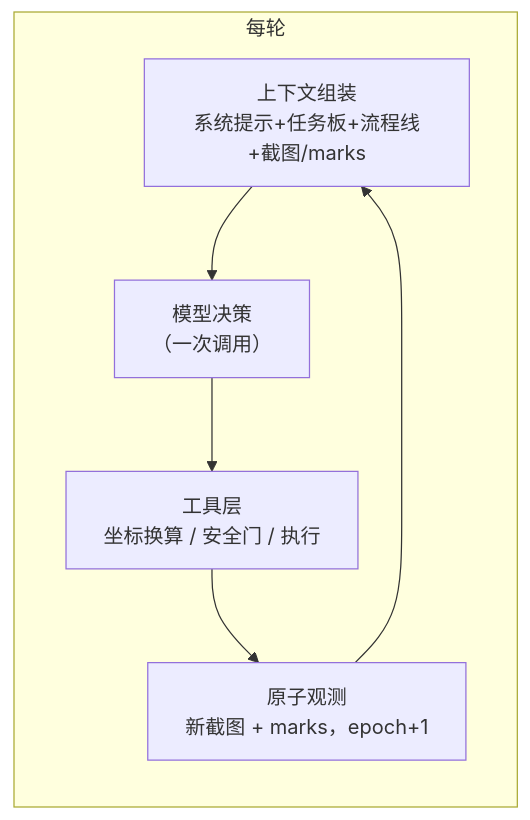
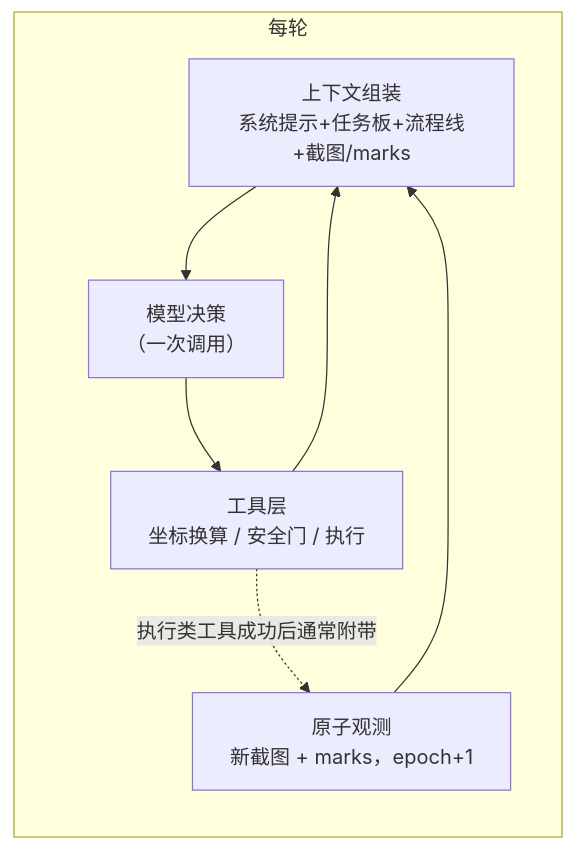
Before and after one commit to tom-cat-mao/TaskWizard: the first of 2 diagrams in pages/architecture.md, drawn with Mermaid. The commit also changed other lines of this file and 136 other files, not shown here.

````diff
--- a/pages/architecture.md
+++ b/pages/architecture.md
@@ -7,9 +9,10 @@
 ```mermaid
 flowchart LR
     subgraph 每轮
         CTX["上下文组装<br/>系统提示+任务板+流程线+截图/marks"] --> MODEL["模型决策<br/>（一次调用）"]
         MODEL --> TOOL["工具层<br/>坐标换算 / 安全门 / 执行"]
-        TOOL --> OBS["原子观测<br/>新截图 + marks，epoch+1"]
+        TOOL -. "执行类工具成功后通常附带" .-> OBS["原子观测<br/>新截图 + marks，epoch+1"]
         OBS --> CTX
+        TOOL --> CTX
     end
 ```
````
